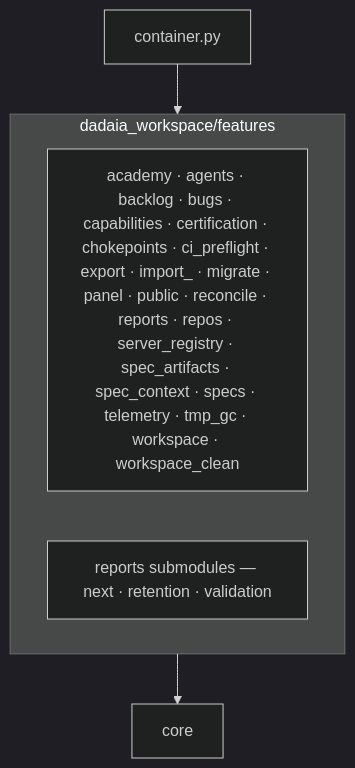
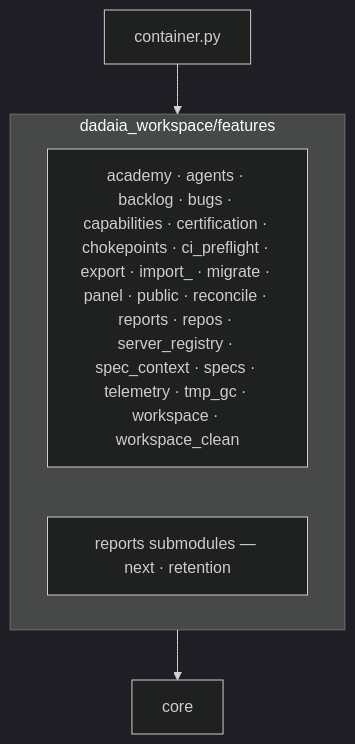
One commit to marcoaureliomenezes/dadaia-workspace changed the second of 3 diagrams in specs/memory/ARCHITECTURE.md. Above: the diagram before and after it, drawn with Mermaid (dark theme). The commit also changed other lines of this file and 297 other files, not shown here.

````diff
--- a/specs/memory/ARCHITECTURE.md
+++ b/specs/memory/ARCHITECTURE.md
@@ -123,9 +143,9 @@
 ```mermaid
 flowchart TB
     subgraph features["dadaia_workspace/features"]
-      pkgs["academy · agents · backlog · bugs · capabilities · certification · chokepoints · ci_preflight · export · import_ · migrate · panel · public · reconcile · reports · repos · server_registry · spec_artifacts · spec_context · specs · telemetry · tmp_gc · workspace · workspace_clean"]
-      subs["reports submodules — next · retention · validation"]
+      pkgs["academy · agents · backlog · bugs · capabilities · certification · chokepoints · ci_preflight · export · import_ · migrate · panel · public · reconcile · reports · repos · server_registry · spec_context · specs · telemetry · tmp_gc · workspace · workspace_clean"]
+      subs["reports submodules — next · retention"]
     end
     container["container.py"] --> features
     features --> core["core"]
 ```
````
